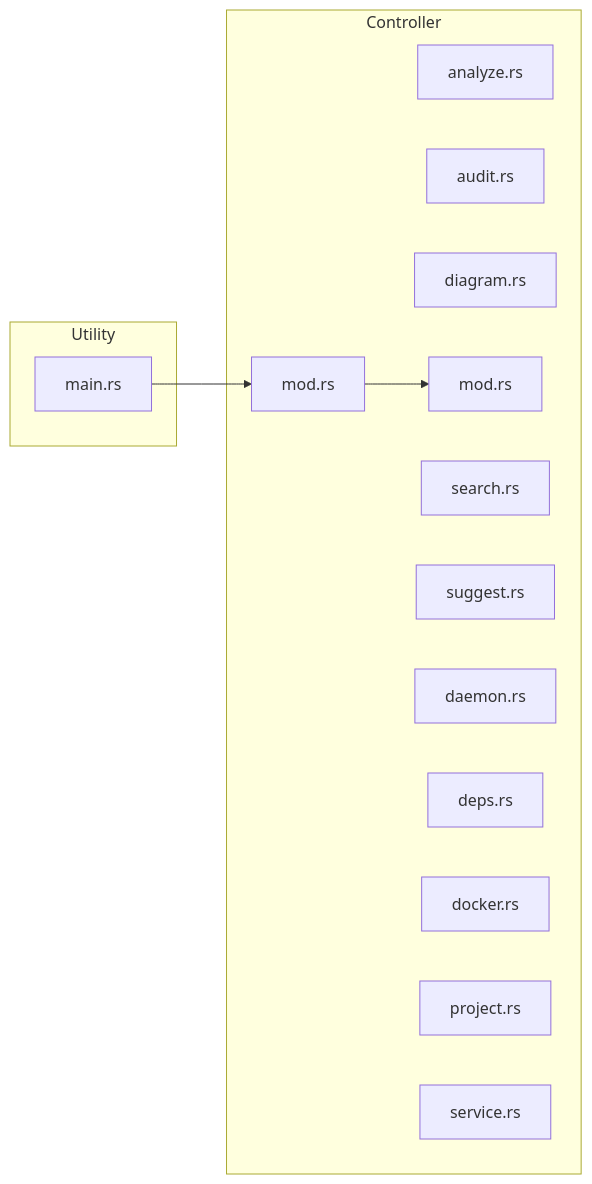
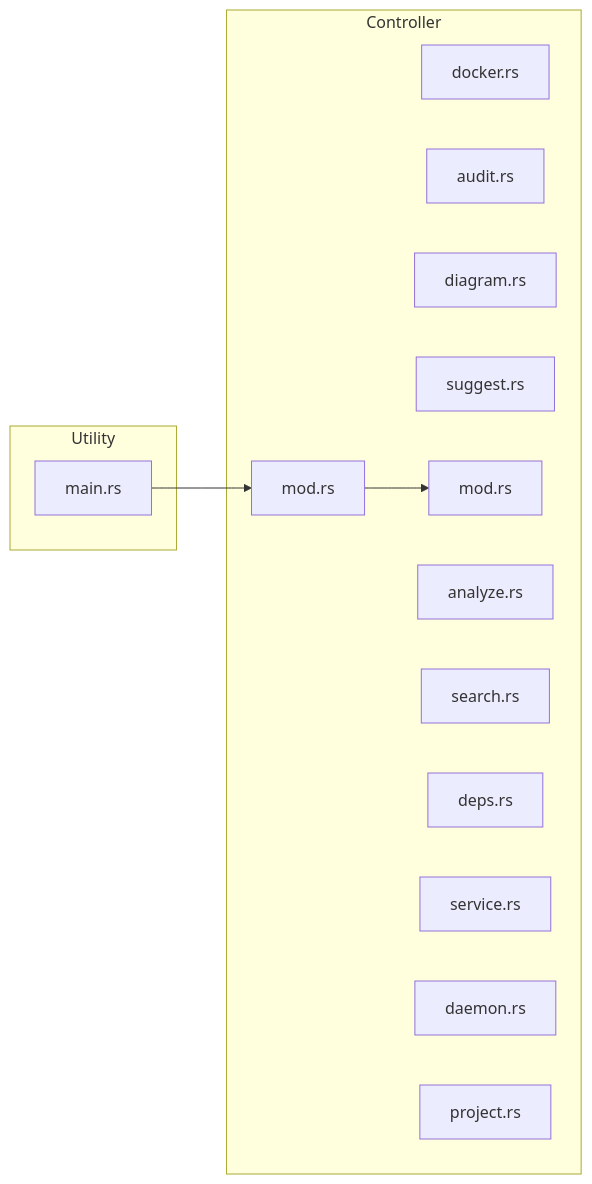
Before and after one commit to Mague/void-stack: the second of 8 diagrams in void-stack-analysis.md, drawn with Mermaid. The commit also changed other lines of this file and 15 other files, not shown here.

````diff
--- a/void-stack-analysis.md
+++ b/void-stack-analysis.md
@@ -721,22 +622,22 @@
 ```mermaid
 graph LR
     subgraph controller ["Controller"]
-        src_commands_analysis_analyze_rs["analyze.rs"]
+        src_commands_docker_rs["docker.rs"]
         src_commands_analysis_audit_rs["audit.rs"]
         src_commands_analysis_diagram_rs["diagram.rs"]
+        src_commands_analysis_suggest_rs["suggest.rs"]
         src_commands_analysis_mod_rs["mod.rs"]
+        src_commands_analysis_analyze_rs["analyze.rs"]
         src_commands_analysis_search_rs["search.rs"]
-        src_commands_analysis_suggest_rs["suggest.rs"]
+        src_commands_deps_rs["deps.rs"]
+        src_commands_service_rs["service.rs"]
+        src_commands_mod_rs["mod.rs"]
         src_commands_daemon_rs["daemon.rs"]
-        src_commands_deps_rs["deps.rs"]
-        src_commands_docker_rs["docker.rs"]
-        src_commands_mod_rs["mod.rs"]
         src_commands_project_rs["project.rs"]
-        src_commands_service_rs["service.rs"]
     end
     subgraph utility ["Utility"]
         src_main_rs["main.rs"]
     end
+    src_main_rs --> src_commands_mod_rs
     src_commands_mod_rs --> src_commands_analysis_mod_rs
-    src_main_rs --> src_commands_mod_rs
 ```
````
